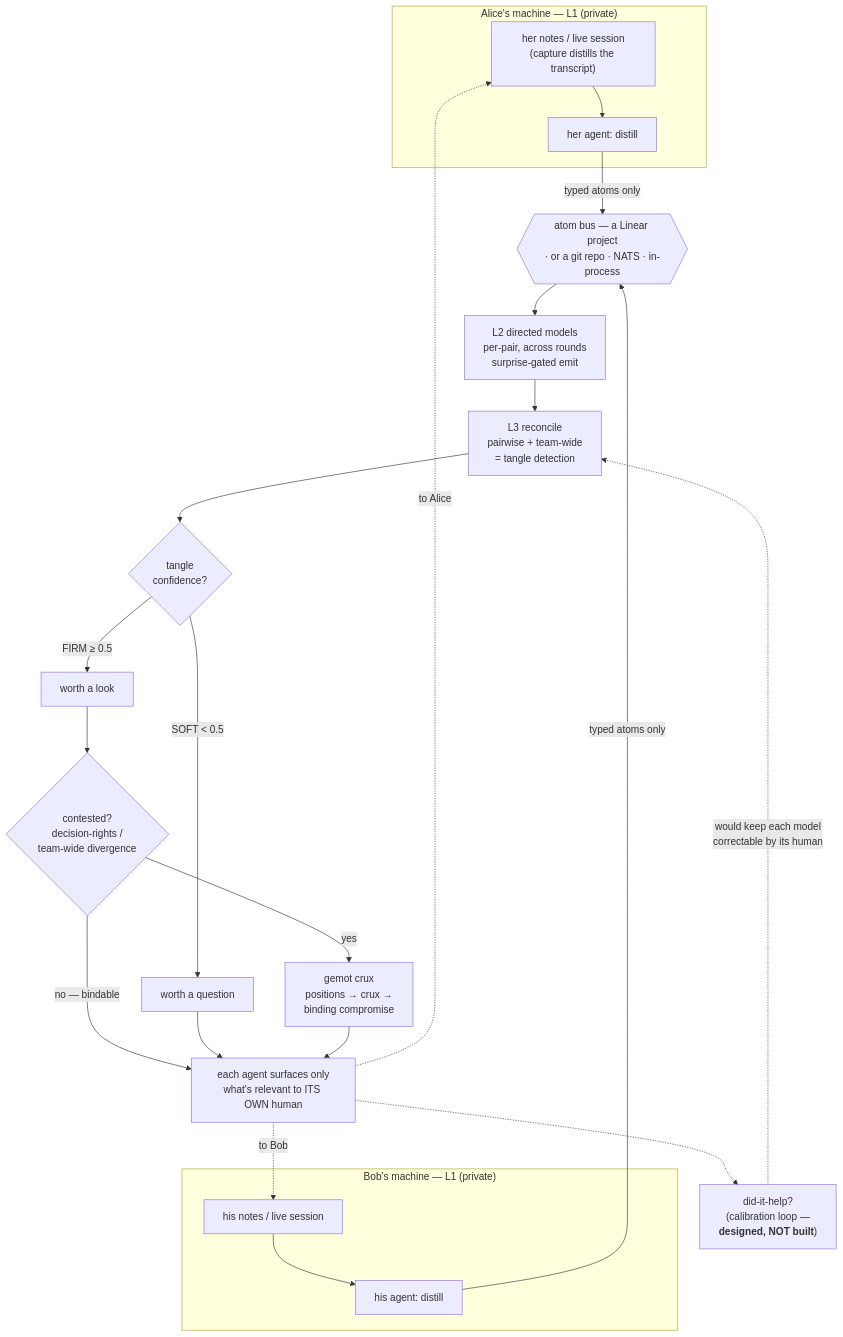
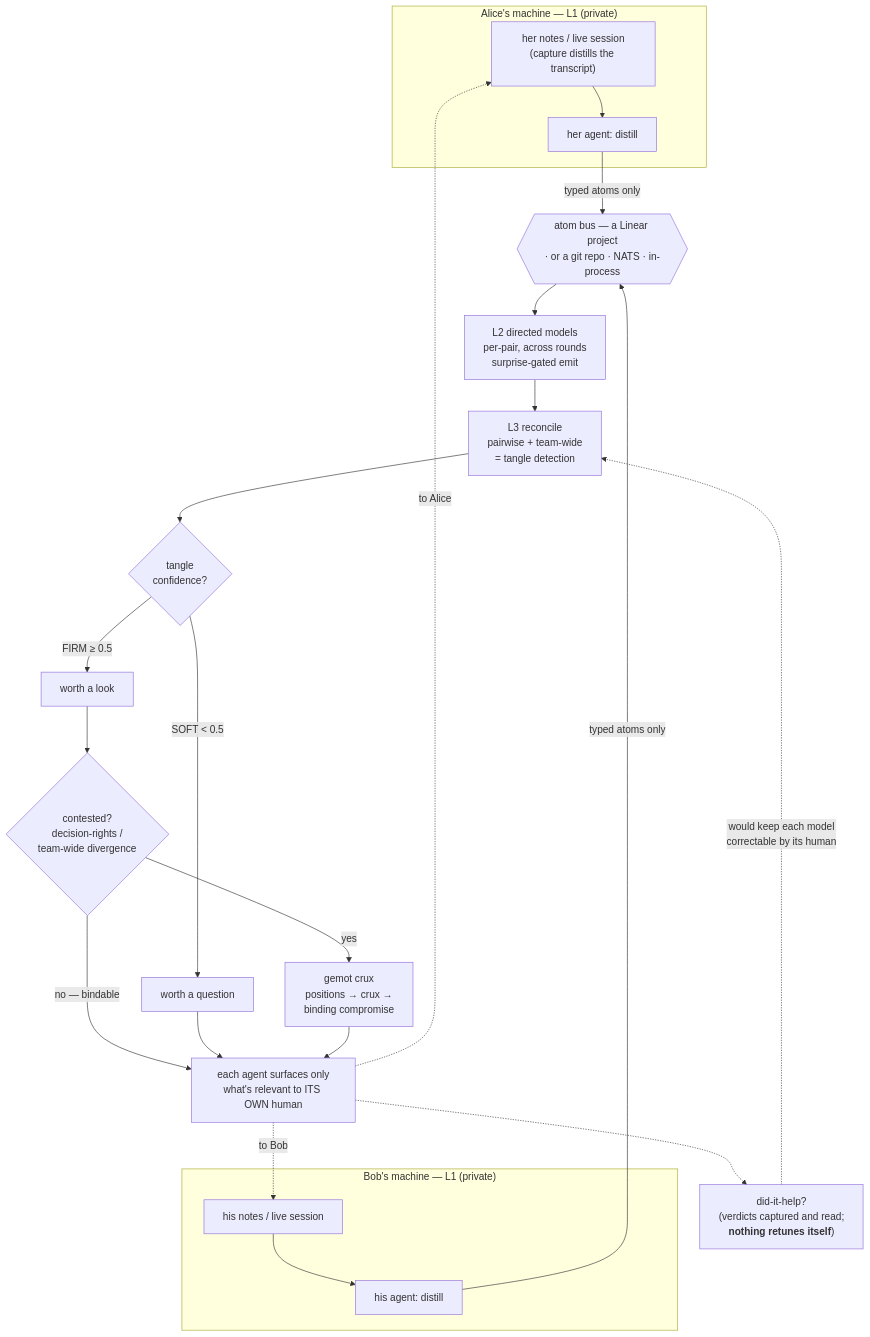
One commit to justinstimatze/ettle changed the first of 2 diagrams in README.md. Above: the diagram before and after it, drawn with Mermaid. The commit also changed other lines of this file and 5 other files, not shown here.

````diff
--- a/README.md
+++ b/README.md
@@ -23,27 +25,27 @@
 ```mermaid
 flowchart TB
     subgraph A["Alice's machine — L1 (private)"]
         AN["her notes / live session<br/>(capture distills the transcript)"] --> AD["her agent: distill"]
     end
     subgraph B["Bob's machine — L1 (private)"]
         BN["his notes / live session"] --> BD["his agent: distill"]
     end
     AD -- "typed atoms only" --> BUS
     BD -- "typed atoms only" --> BUS
     BUS{{"atom bus — a Linear project<br/>· or a git repo · NATS · in-process"}}
     BUS --> L2["L2 directed models<br/>per-pair, across rounds<br/>surprise-gated emit"]
     L2 --> RC["L3 reconcile<br/>pairwise + team-wide<br/>= tangle detection"]
     RC --> CONF{"tangle<br/>confidence?"}
     CONF -- "FIRM &ge; 0.5" --> FIRM["worth a look"]
     CONF -- "SOFT &lt; 0.5" --> SOFT["worth a question"]
     FIRM --> CONTEST{"contested?<br/>decision-rights /<br/>team-wide divergence"}
     CONTEST -- "no — bindable" --> SURF
     CONTEST -- "yes" --> GEMOT["gemot crux<br/>positions &rarr; crux &rarr;<br/>binding compromise"]
     SOFT --> SURF
     GEMOT --> SURF
     SURF["each agent surfaces only<br/>what's relevant to ITS OWN human"]
     SURF -. "to Alice" .-> AN
     SURF -. "to Bob" .-> BN
-    SURF -.-> CAL["did-it-help?<br/>(calibration loop —<br/><b>designed, NOT built</b>)"]
+    SURF -.-> CAL["did-it-help?<br/>(verdicts captured and read;<br/><b>nothing retunes itself</b>)"]
     CAL -. "would keep each model<br/>correctable by its human" .-> RC
 ```
````
